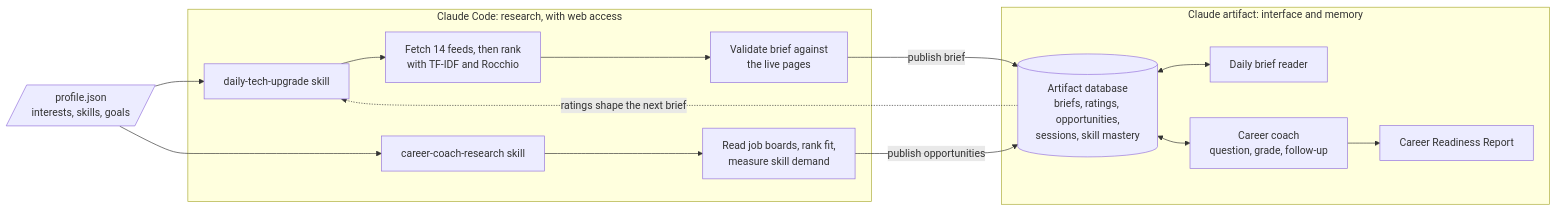
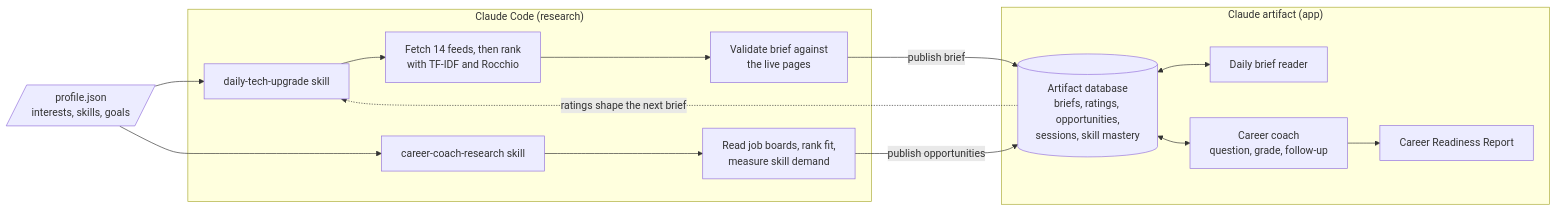
Before and after one commit to olegm-sjsu/ai-coworkers-assignment: the diagram in README.md, drawn with Mermaid.

Commit message:
Shorten diagram titles in README

````diff
--- a/README.md
+++ b/README.md
@@ -14,30 +14,30 @@
 ```mermaid
 flowchart LR
     profile[/"profile.json<br/>interests, skills, goals"/]
 
-    subgraph code["Claude Code: research, with web access"]
+    subgraph code["Claude Code (research)"]
         s1["daily-tech-upgrade skill"]
         rank["Fetch 14 feeds, then rank<br/>with TF-IDF and Rocchio"]
         check["Validate brief against<br/>the live pages"]
         s2["career-coach-research skill"]
         jobs["Read job boards, rank fit,<br/>measure skill demand"]
         s1 --> rank --> check
         s2 --> jobs
     end
 
-    subgraph app["Claude artifact: interface and memory"]
+    subgraph app["Claude artifact (app)"]
         db[("Artifact database<br/>briefs, ratings, opportunities,<br/>sessions, skill mastery")]
         reader["Daily brief reader"]
         coach["Career coach<br/>question, grade, follow-up"]
         report["Career Readiness Report"]
         db <--> reader
         db <--> coach
         coach --> report
     end
 
     profile --> s1
     profile --> s2
     check -- "publish brief" --> db
     jobs -- "publish opportunities" --> db
     db -. "ratings shape the next brief" .-> s1
 ```
````
